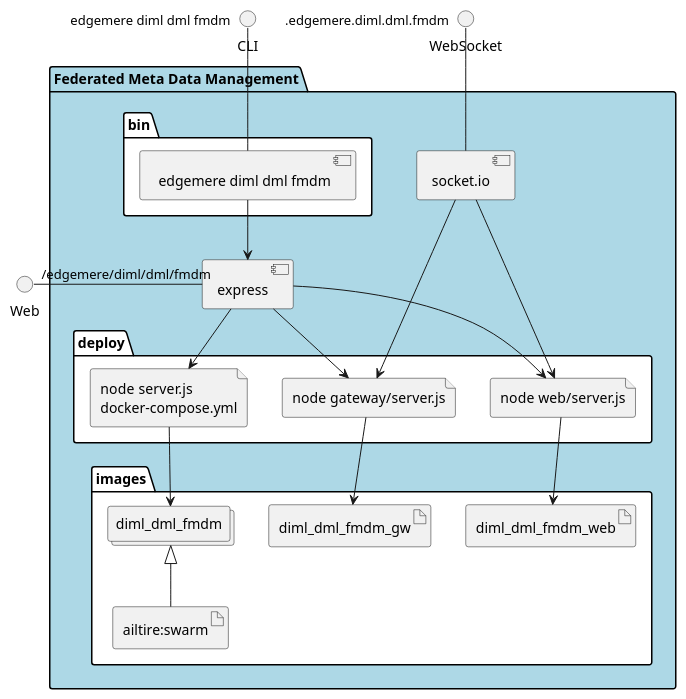
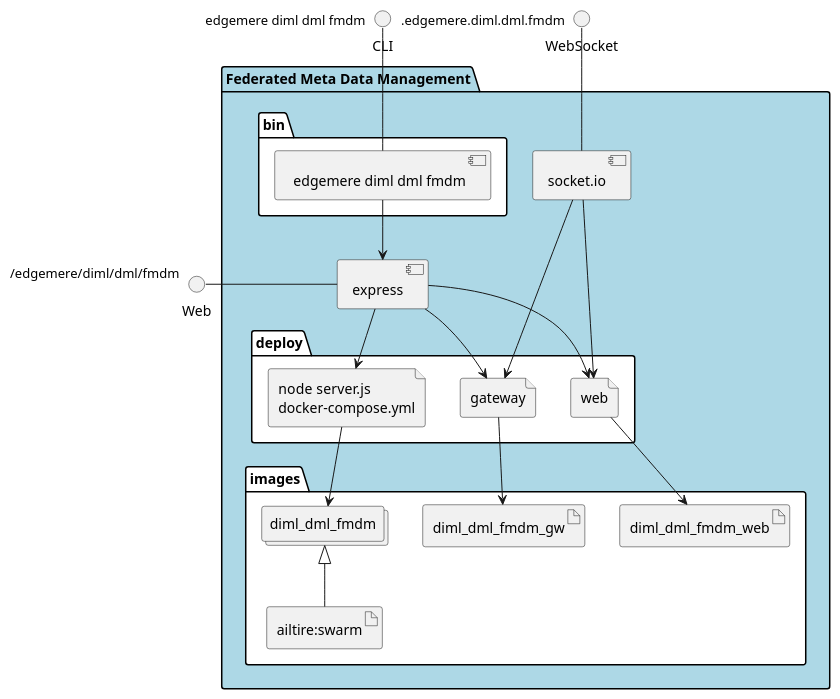
The diagram in docs/edgemere/diml/dml/fmdm/envs/dev/physical.puml (madajaju/edgemere), drawn with PlantUML before and after one commit. The commit also changed 1701 other files, not shown here.

```diff
--- a/docs/edgemere/diml/dml/fmdm/envs/dev/physical.puml
+++ b/docs/edgemere/diml/dml/fmdm/envs/dev/physical.puml
@@ -1,46 +1,46 @@
 @startuml
   interface CLI
   interface Web
   interface WebSocket
 package "Federated Meta Data Management" #lightblue {
   component express as REST
   component socket.io as socket
   folder bin #ffffff {
     component " edgemere diml dml fmdm" as binName
   }
   binName --> REST
 
   folder deploy #ffffff {
       file "node server.js\ndocker-compose.yml" as diml_dml_fmdm_container
       REST --> diml_dml_fmdm_container
 
   
-    file "node web/server.js" as web_container
+    file "web" as web_container
     REST --> web_container
     socket ---> web_container
   
-    file "node gateway/server.js" as gateway_container
+    file "gateway" as gateway_container
     REST --> gateway_container
     socket ---> gateway_container
   
   }
   folder images #ffffff {
     collections "diml_dml_fmdm" as diml_dml_fmdmimage
     artifact "ailtire:swarm" as ailtireswarm
     diml_dml_fmdmimage <|-- ailtireswarm
     diml_dml_fmdm_container --> diml_dml_fmdmimage
 
   
       artifact diml_dml_fmdm_web
       web_container --> diml_dml_fmdm_web
     
       artifact diml_dml_fmdm_gw
       gateway_container --> diml_dml_fmdm_gw
     
   }
 }
 CLI " edgemere diml dml fmdm" -- binName
 Web "/edgemere/diml/dml/fmdm" - REST
 WebSocket ".edgemere.diml.dml.fmdm" -- socket
 
 @enduml
```
